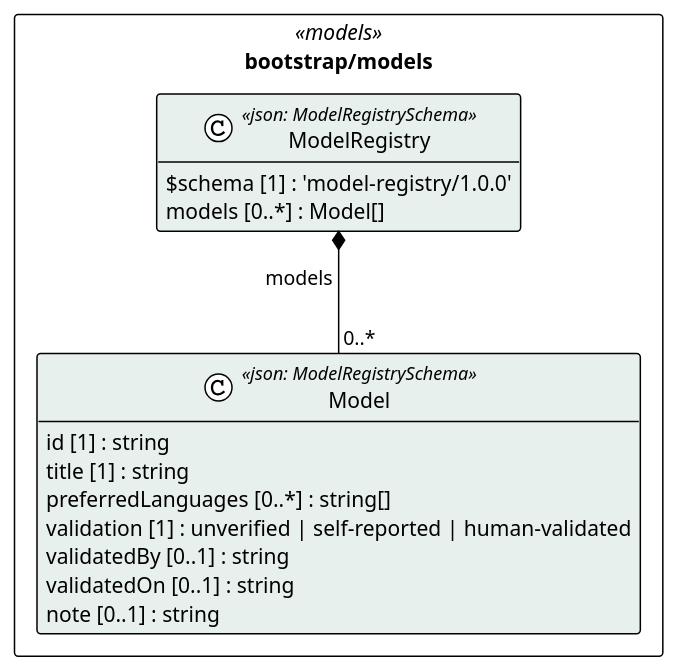
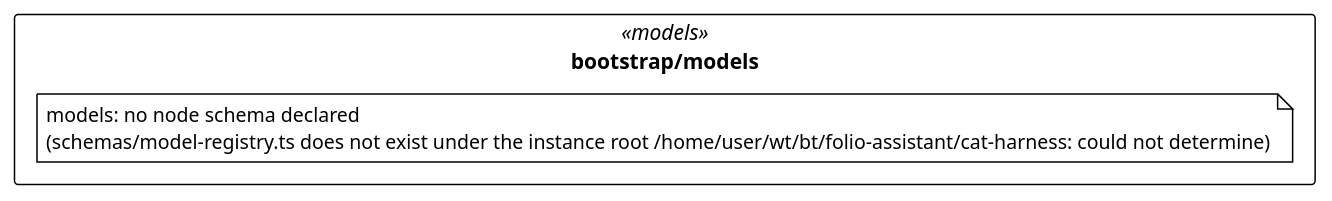
One commit to litlfred/folio-assistant changed the diagram in cat-harness/uml/overview/bootstrap/models.puml. Above: the diagram before and after it, drawn with PlantUML. The commit also changed 210 other files, not shown here.

```diff
--- a/cat-harness/uml/overview/bootstrap/models.puml
+++ b/cat-harness/uml/overview/bootstrap/models.puml
@@ -3,26 +3,13 @@
 @startuml bootstrap_models
 !pragma layout elk
 !theme plain
 skinparam classAttributeIconSize 0
 skinparam shadowing false
 skinparam packageStyle rectangle
 hide empty methods
 
 package "bootstrap/models" as pkg_bootstrap_models <<models>> {
-  class "Model" as bootstrap_models_Model <<json: ModelRegistrySchema>> #e8f0ee {
-    id [1] : string
-    title [1] : string
-    preferredLanguages [0..*] : string[]
-    validation [1] : unverified | self-reported | human-validated
-    validatedBy [0..1] : string
-    validatedOn [0..1] : string
-    note [0..1] : string
-  }
-  class "ModelRegistry" as bootstrap_models_ModelRegistry <<json: ModelRegistrySchema>> #e8f0ee {
-    $schema [1] : 'model-registry/1.0.0'
-    models [0..*] : Model[]
-  }
+  note "models: no node schema declared\n(schemas/model-registry.ts does not exist under the instance root /home/user/wt/bt/folio-assistant/cat-harness: could not determine)" as n_bootstrap_models_models
 }
 
-bootstrap_models_ModelRegistry *-- "0..*" bootstrap_models_Model : models
 @enduml
```
